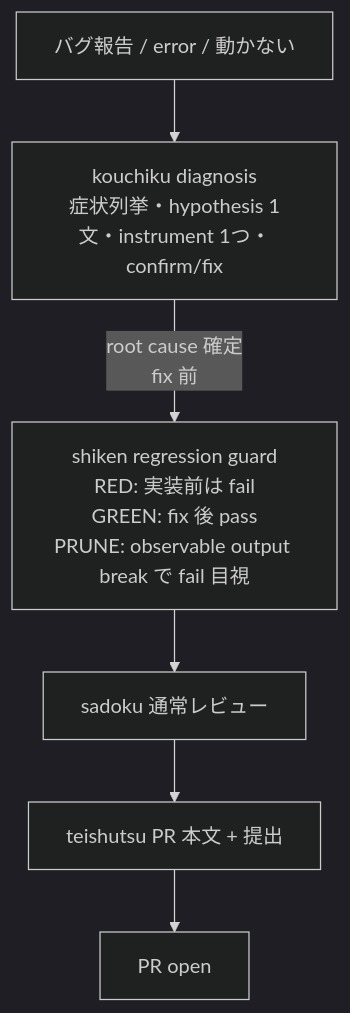
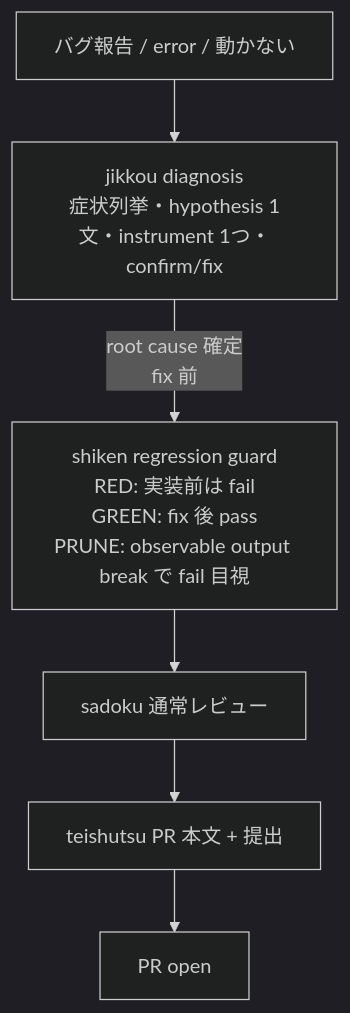
The third of 6 diagrams in docs/workflow.md (hayashiii-ghub/hikizan), drawn with Mermaid (dark theme) before and after one commit. The commit also changed other lines of this file and 24 other files, not shown here.

First line of the commit message:
skills: kouchiku を sekkei (設計) / jikkou (実行) に分割し suriawase を溶解する (#57)

````diff
--- a/docs/workflow.md
+++ b/docs/workflow.md
@@ -103,8 +106,8 @@
 ```mermaid
 flowchart TB
-  B0["バグ報告 / error / 動かない"] --> B1["kouchiku diagnosis<br/>症状列挙・hypothesis 1文・instrument 1つ・confirm/fix"]
+  B0["バグ報告 / error / 動かない"] --> B1["jikkou diagnosis<br/>症状列挙・hypothesis 1文・instrument 1つ・confirm/fix"]
   B1 -->|"root cause 確定<br/>fix 前"| B2["shiken regression guard<br/>RED: 実装前は fail<br/>GREEN: fix 後 pass<br/>PRUNE: observable output break で fail 目視"]
   B2 --> B3["sadoku 通常レビュー"]
   B3 --> B4["teishutsu PR 本文 + 提出"]
   B4 --> B5["PR open"]
 ```
````
